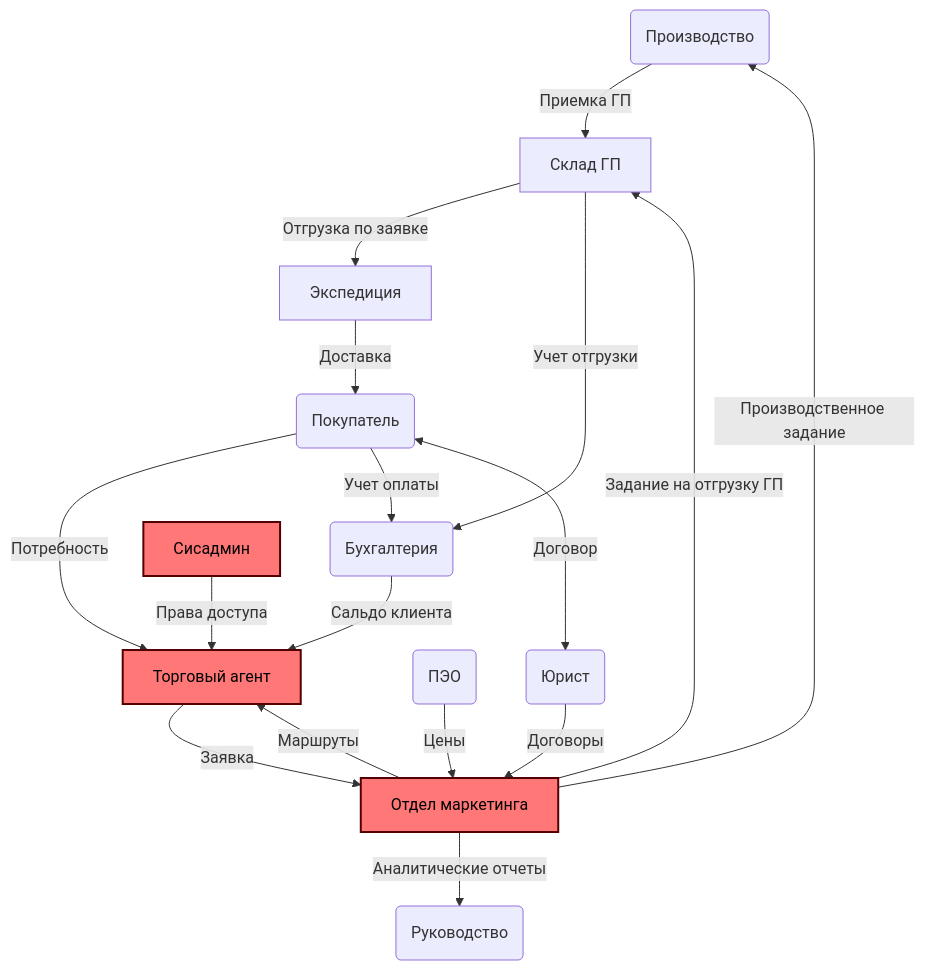
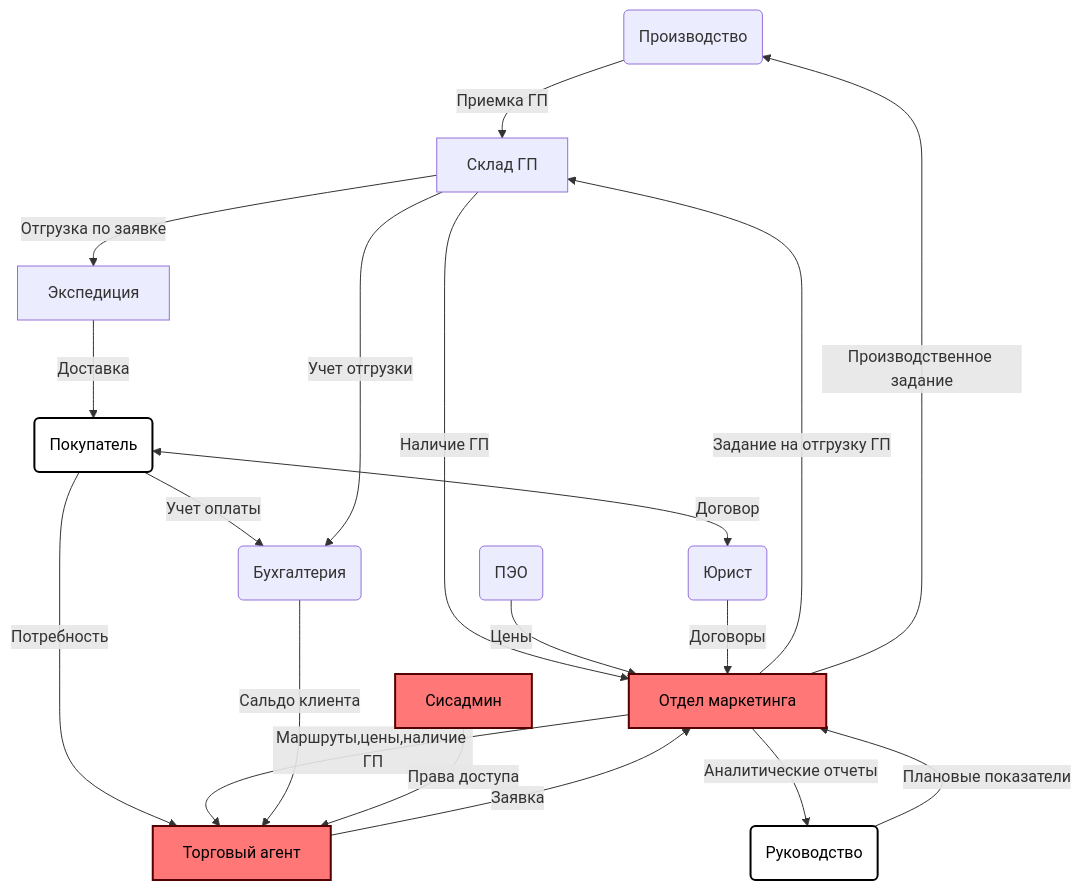
The diagram in apps/app-trade-agents/README.MD (stasgm/gdmn-mob), drawn with Mermaid before and after one commit. The commit also changed other lines of this file, not shown here.

````diff
--- a/apps/app-trade-agents/README.MD
+++ b/apps/app-trade-agents/README.MD
@@ -3,23 +3,27 @@
 ```mermaid
 
 flowchart TD;
     A(Производство)--Приемка ГП-->B[Склад ГП];
+    B--Наличие ГП-->M;
     B--Отгрузка по заявке-->D[Экспедиция];
     D--Доставка-->E(Покупатель);
     E--Потребность-->T[Торговый агент];
     E--Учет оплаты-->Acc(Бухгалтерия);
-    M[Отдел маркетинга]--Маршруты-->T;
+    M[Отдел маркетинга]--Маршруты,цены,наличие ГП-->T;
     M--Задание на отгрузку ГП-->B;
     Acc--Сальдо клиента-->T;
     T--Заявка-->M;
     P(ПЭО)--Цены-->M;
     M--Производственное задание-->A;
     B--Учет отгрузки-->Acc;
     M--Аналитические отчеты-->Mngmt(Руководство);
+    Mngmt(Руководство)--Плановые показатели-->M;
     U(Юрист)--Договоры-->M;
     E<--Договор-->U;
     S[Сисадмин]--Права доступа-->T;
 
     classDef core fill:#ff7777,color:#000,stroke:#550000,stroke-width:2px;
+    classDef outlier fill:#ffffff,color:#000,stroke:#000000,stroke-width:2px,stroke-daskarray: 5, 5;
     class T,S,M core;
+    class E,Mngmt outlier;
 ```
````
